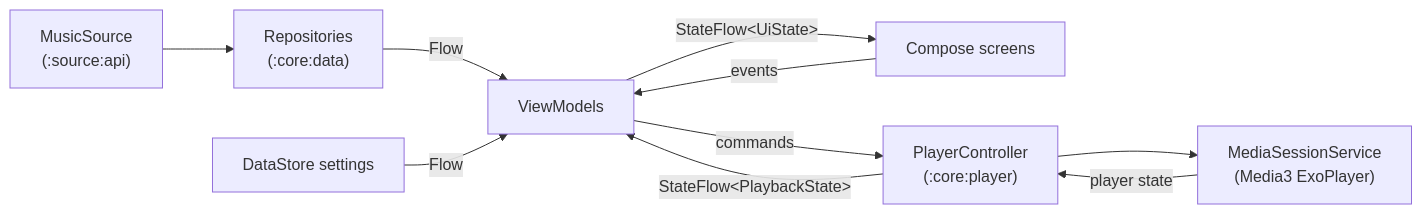
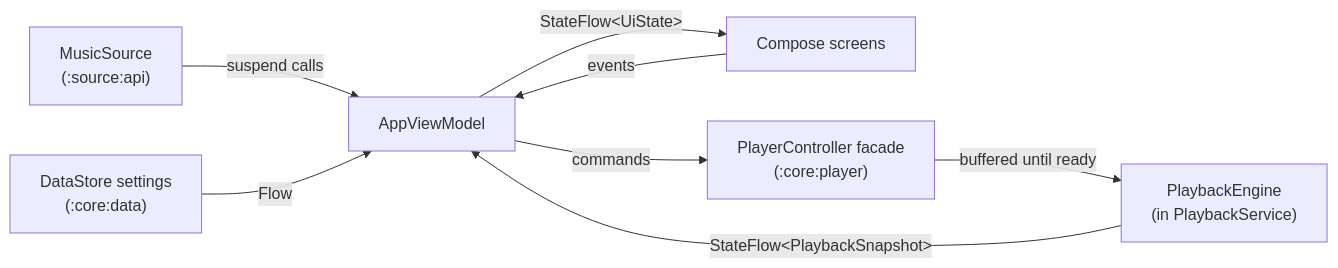
Before and after one commit to muhib-karim/sitara: the second of 5 diagrams in docs/ARCHITECTURE.md, drawn with Mermaid. The commit also changed other lines of this file, not shown here.

First line of the commit message:
docs: architecture reflects the service-owned playback engine

````diff
--- a/docs/ARCHITECTURE.md
+++ b/docs/ARCHITECTURE.md
@@ -89,12 +89,10 @@
 ```mermaid
 flowchart LR
-    src["MusicSource<br/>(:source:api)"] --> repo["Repositories<br/>(:core:data)"]
-    repo -->|Flow| vm["ViewModels"]
+    src["MusicSource<br/>(:source:api)"] -->|suspend calls| vm["AppViewModel"]
     vm -->|StateFlow&lt;UiState&gt;| ui["Compose screens"]
     ui -->|events| vm
-    vm -->|commands| pc["PlayerController<br/>(:core:player)"]
-    pc --> svc["MediaSessionService<br/>(Media3 ExoPlayer)"]
-    svc -->|player state| pc
-    pc -->|StateFlow&lt;PlaybackState&gt;| vm
-    ds["DataStore settings"] -->|Flow| vm
+    vm -->|commands| pc["PlayerController facade<br/>(:core:player)"]
+    pc -->|buffered until ready| eng["PlaybackEngine<br/>(in PlaybackService)"]
+    eng -->|StateFlow&lt;PlaybackSnapshot&gt;| vm
+    ds["DataStore settings<br/>(:core:data)"] -->|Flow| vm
 ```
````
